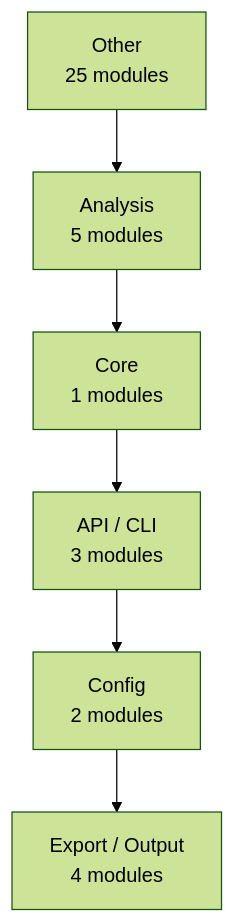
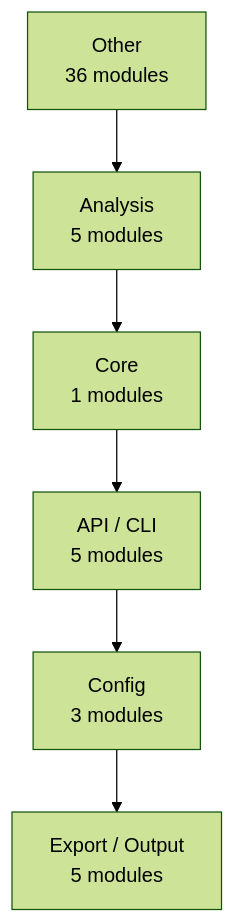
Before and after one commit to wronai/code2docs: the first of 3 diagrams in docs/architecture.md, drawn with Mermaid (forest theme). The commit also changed other lines of this file and 12 other files, not shown here.

````diff
--- a/docs/architecture.md
+++ b/docs/architecture.md
@@ -39,14 +39,14 @@
 ```mermaid
 graph TD
-    Other["Other<br/>25 modules"]
+    Other["Other<br/>36 modules"]
     Analysis["Analysis<br/>5 modules"]
     Core["Core<br/>1 modules"]
-    API___CLI["API / CLI<br/>3 modules"]
-    Config["Config<br/>2 modules"]
-    Export___Output["Export / Output<br/>4 modules"]
+    API___CLI["API / CLI<br/>5 modules"]
+    Config["Config<br/>3 modules"]
+    Export___Output["Export / Output<br/>5 modules"]
     Other --> Analysis
     Analysis --> Core
     Core --> API___CLI
     API___CLI --> Config
     Config --> Export___Output
 ```
````
